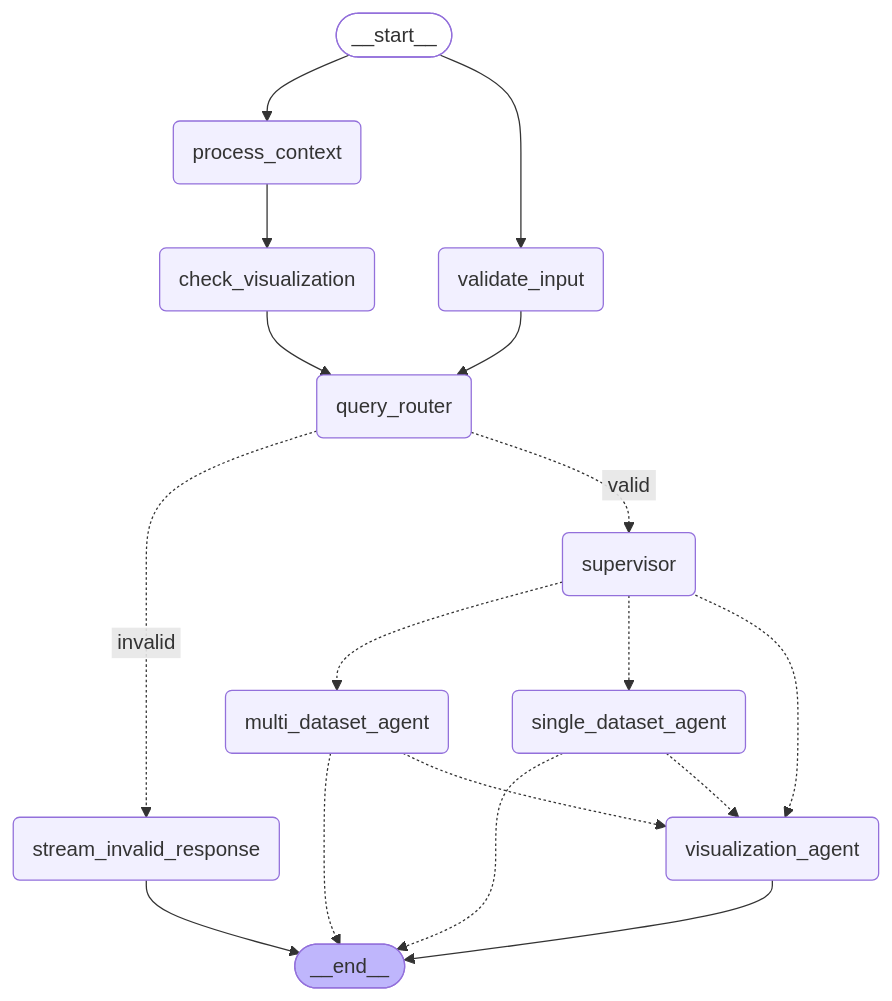
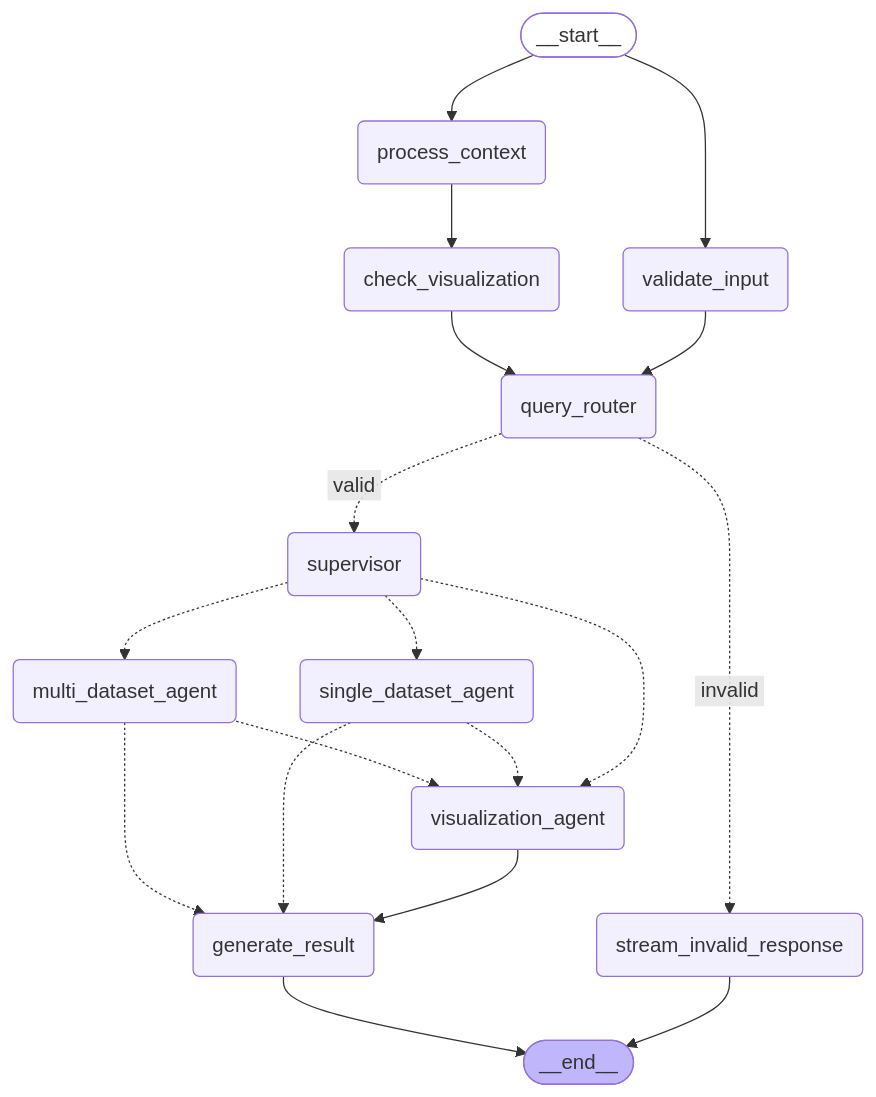
The diagram in chat-server/app/workflow/graph/graph_mermaid/agent_graph.mmd (factly/gopie), drawn with Mermaid before and after one commit. The commit also changed 8 other files, not shown here.

Commit message:
feat: integrate generate_result node into agent workflow

```diff
--- a/chat-server/app/workflow/graph/graph_mermaid/agent_graph.mmd
+++ b/chat-server/app/workflow/graph/graph_mermaid/agent_graph.mmd
@@ -1,36 +1,38 @@
 ---
 config:
   flowchart:
     curve: basis
 ---
 graph TD;
 	__start__([<p>__start__</p>]):::first
 	validate_input(validate_input)
 	stream_invalid_response(stream_invalid_response)
 	process_context(process_context)
 	supervisor(supervisor)
 	multi_dataset_agent(multi_dataset_agent)
 	single_dataset_agent(single_dataset_agent)
 	visualization_agent(visualization_agent)
 	check_visualization(check_visualization)
+	generate_result(generate_result)
 	query_router(query_router)
 	__end__([<p>__end__</p>]):::last
 	__start__ --> process_context;
 	__start__ --> validate_input;
 	check_visualization --> query_router;
-	multi_dataset_agent -.-> __end__;
+	multi_dataset_agent -.-> generate_result;
 	multi_dataset_agent -.-> visualization_agent;
 	process_context --> check_visualization;
 	query_router -. &nbsp;invalid&nbsp; .-> stream_invalid_response;
 	query_router -. &nbsp;valid&nbsp; .-> supervisor;
-	single_dataset_agent -.-> __end__;
+	single_dataset_agent -.-> generate_result;
 	single_dataset_agent -.-> visualization_agent;
 	supervisor -.-> multi_dataset_agent;
 	supervisor -.-> single_dataset_agent;
 	supervisor -.-> visualization_agent;
 	validate_input --> query_router;
+	visualization_agent --> generate_result;
+	generate_result --> __end__;
 	stream_invalid_response --> __end__;
-	visualization_agent --> __end__;
 	classDef default fill:#f2f0ff,line-height:1.2
 	classDef first fill-opacity:0
 	classDef last fill:#bfb6fc
```
